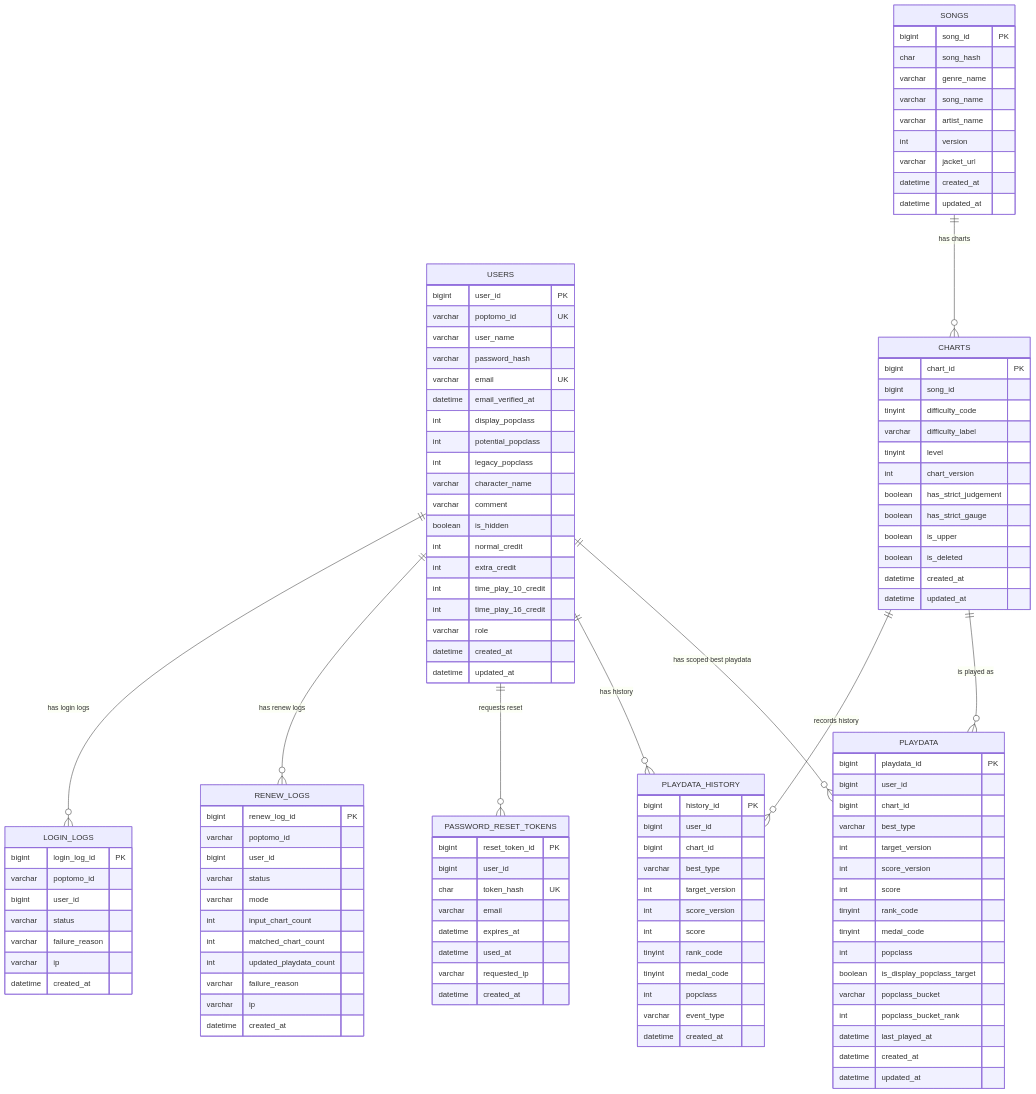
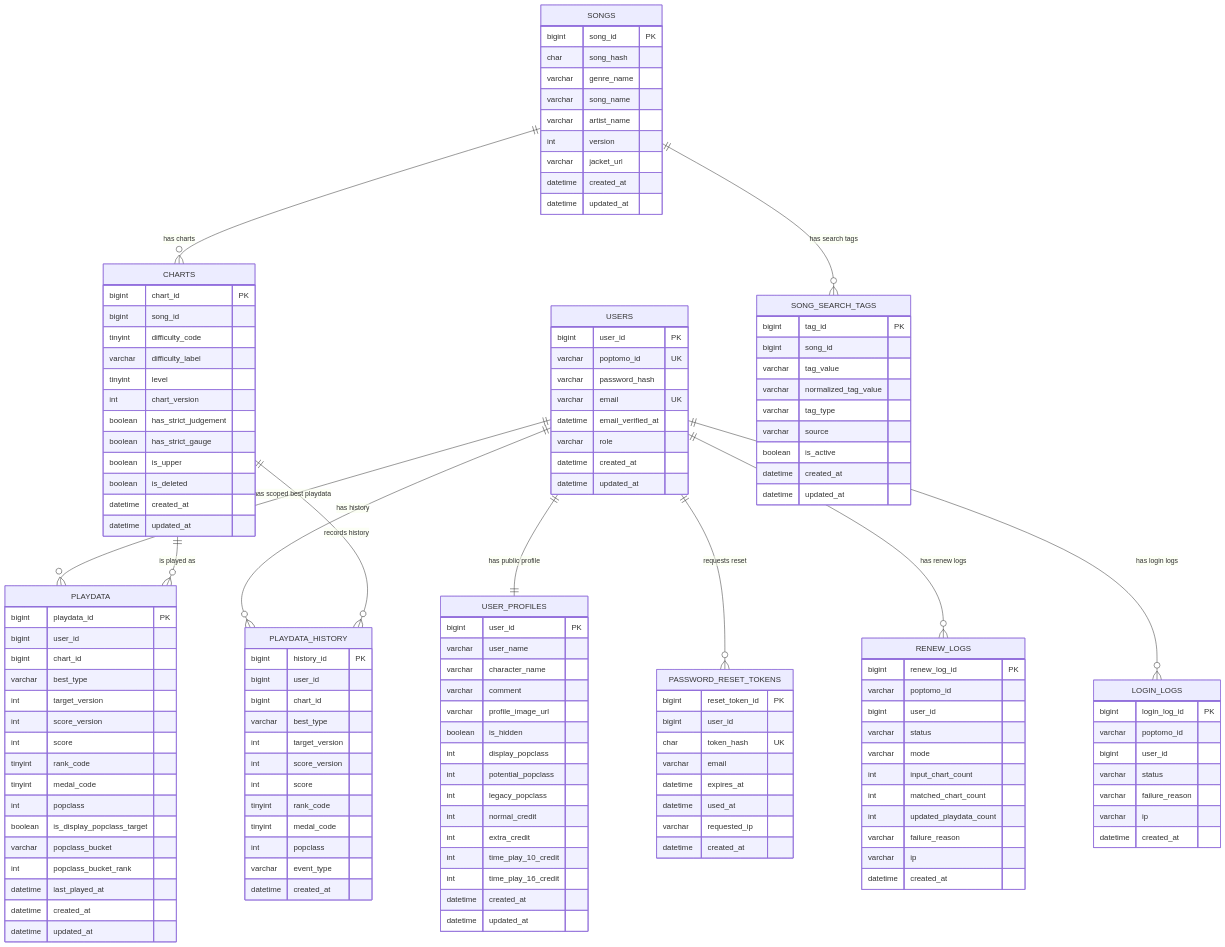
One commit to popngg/popngg-docs changed the diagram in docs/mvp-db-design.md. Above: the diagram before and after it, drawn with Mermaid. The commit also changed other lines of this file and 14 other files, not shown here.

```diff
--- a/docs/mvp-db-design.md
+++ b/docs/mvp-db-design.md
@@ -61,21 +63,28 @@
     USERS {
         bigint user_id PK
         varchar poptomo_id UK
-        varchar user_name
         varchar password_hash
         varchar email UK
         datetime email_verified_at
+        varchar role
+        datetime created_at
+        datetime updated_at
+    }
+
+    USER_PROFILES {
+        bigint user_id PK
+        varchar user_name
+        varchar character_name
+        varchar comment
+        varchar profile_image_url
+        boolean is_hidden
         int display_popclass
         int potential_popclass
         int legacy_popclass
-        varchar character_name
-        varchar comment
-        boolean is_hidden
         int normal_credit
         int extra_credit
         int time_play_10_credit
         int time_play_16_credit
-        varchar role
         datetime created_at
         datetime updated_at
     }
@@ -103,6 +112,18 @@
         boolean has_strict_gauge
         boolean is_upper
         boolean is_deleted
+        datetime created_at
+        datetime updated_at
+    }
+
+    SONG_SEARCH_TAGS {
+        bigint tag_id PK
+        bigint song_id
+        varchar tag_value
+        varchar normalized_tag_value
+        varchar tag_type
+        varchar source
+        boolean is_active
         datetime created_at
         datetime updated_at
     }
@@ -177,6 +198,8 @@
     }
 
     SONGS ||--o{ CHARTS : "has charts"
+    SONGS ||--o{ SONG_SEARCH_TAGS : "has search tags"
+    USERS ||--|| USER_PROFILES : "has public profile"
     USERS ||--o{ PLAYDATA : "has scoped best playdata"
     CHARTS ||--o{ PLAYDATA : "is played as"
     USERS ||--o{ PLAYDATA_HISTORY : "has history"
```
